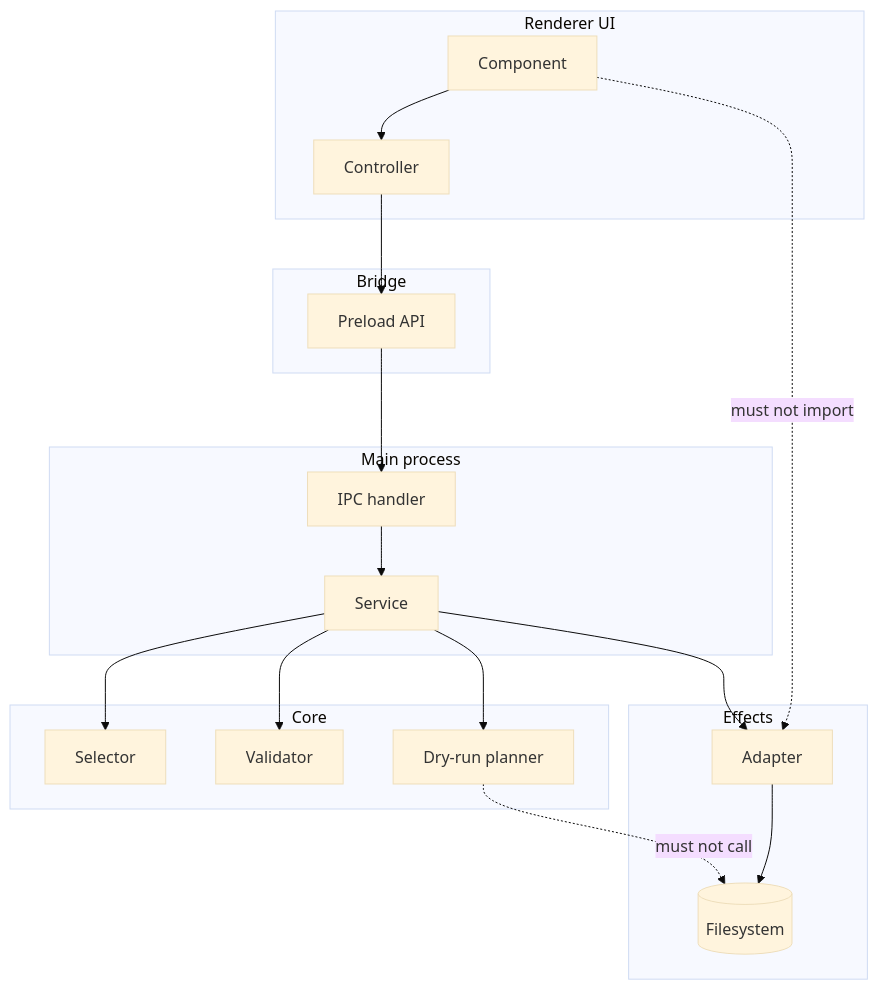
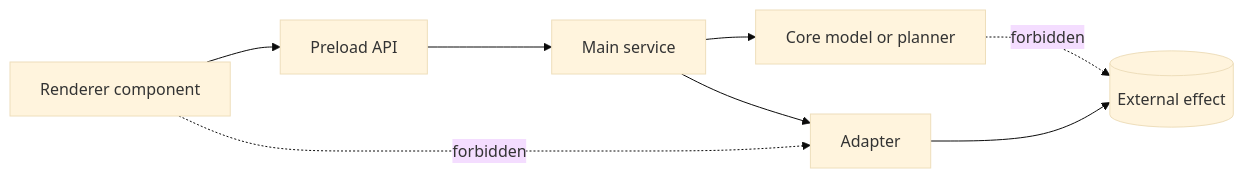
One commit to krestosa/Crystal changed the diagram in docs/architecture/module-boundaries.md. Above: the diagram before and after it, drawn with Mermaid (base theme). The commit also changed other lines of this file and 60 other files, not shown here.

````diff
--- a/docs/architecture/module-boundaries.md
+++ b/docs/architecture/module-boundaries.md
@@ -72,35 +46,10 @@
 ```mermaid
-flowchart TD
-  subgraph UI[Renderer UI]
-    Component[Component]
-    Controller[Controller]
-  end
-
-  subgraph Bridge[Bridge]
-    Preload[Preload API]
-  end
-
-  subgraph Main[Main process]
-    IPC[IPC handler]
-    Service[Service]
-  end
-
-  subgraph Core[Core]
-    Selector[Selector]
-    Validator[Validator]
-    Planner[Dry-run planner]
-  end
-
-  subgraph Effects[Effects]
-    Adapter[Adapter]
-    FS[(Filesystem)]
-  end
-
-  Component --> Controller --> Preload --> IPC --> Service
-  Service --> Selector
-  Service --> Validator
-  Service --> Planner
-  Service --> Adapter --> FS
-  Component -. must not import .-> Adapter
-  Planner -. must not call .-> FS
+flowchart LR
+  UI[Renderer component] --> Bridge[Preload API]
+  Bridge --> Main[Main service]
+  Main --> Core[Core model or planner]
+  Main --> Adapter[Adapter]
+  Adapter --> Effect[(External effect)]
+  UI -. forbidden .-> Adapter
+  Core -. forbidden .-> Effect
 ```
````
